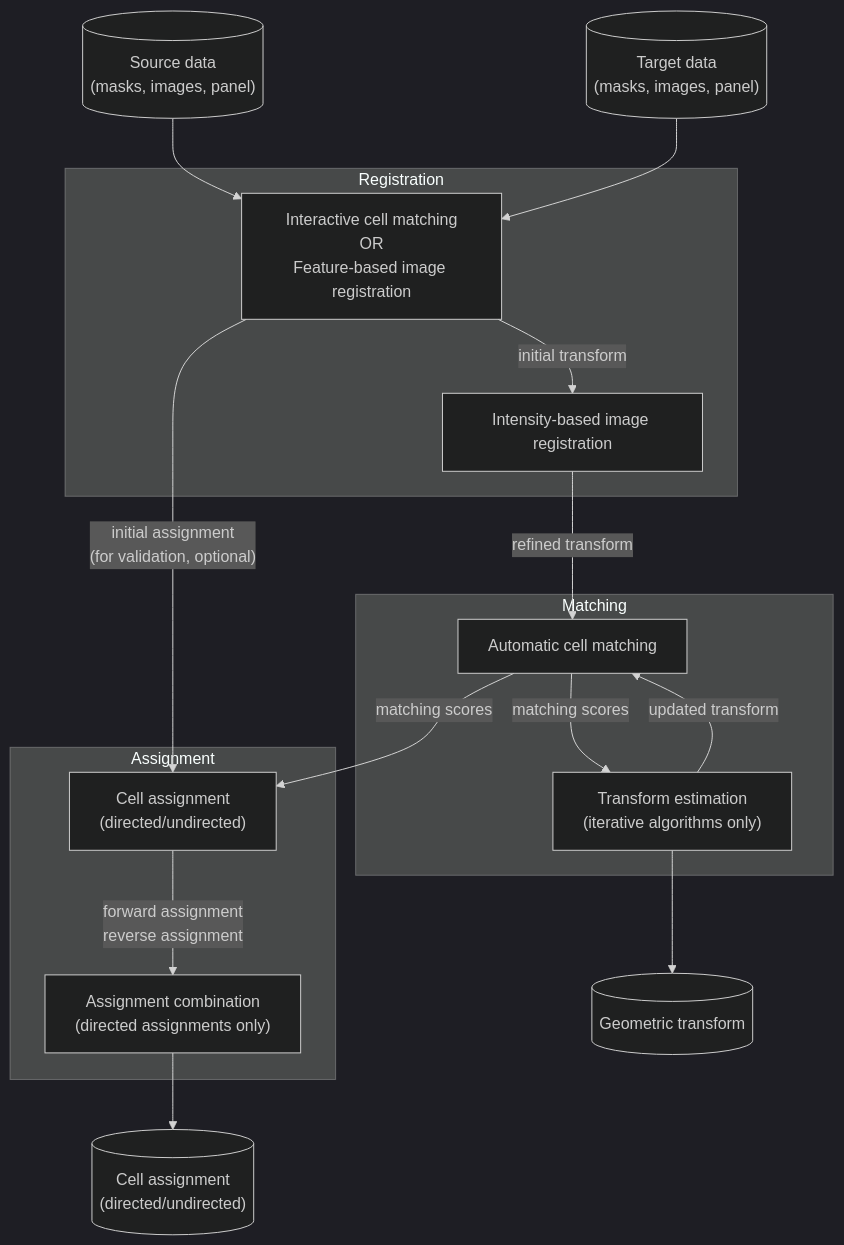
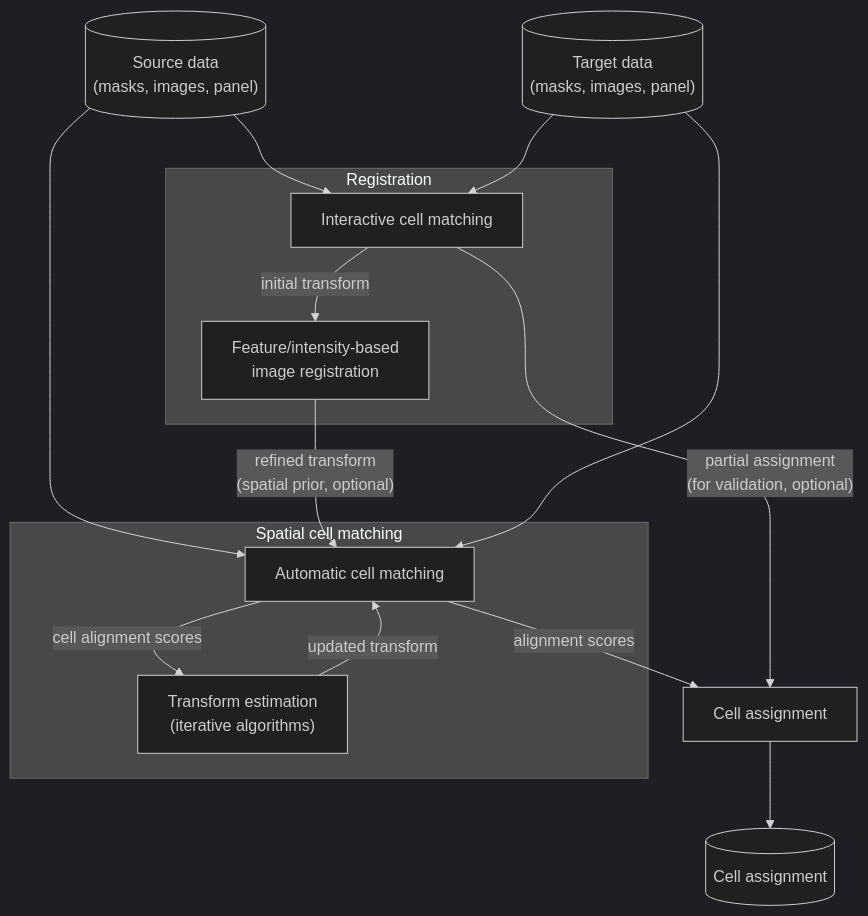
One commit to BodenmillerGroup/spellmatch changed the diagram in docs/usage/index.md. Above: the diagram before and after it, drawn with Mermaid (dark theme). The commit also changed other lines of this file and 9 other files, not shown here.

````diff
--- a/docs/usage/index.md
+++ b/docs/usage/index.md
@@ -15,35 +14,30 @@
 ```mermaid
 flowchart TB
     source_data[("Source data<br>(masks, images, panel)")] --> initial_registration
     target_data[("Target data<br>(masks, images, panel)")] --> initial_registration
 
     subgraph Registration
-        initial_registration["Interactive cell matching<br>OR<br>Feature-based image registration"]
-        refined_registration[Intensity-based image registration]
+        initial_registration["Interactive cell matching"]
+        refined_registration["Feature/intensity-based<br>image registration"]
 
         initial_registration -->|"initial transform"| refined_registration
     end
 
-    initial_registration -->|"initial assignment<br>(for validation, optional)"| assignment
-    refined_registration -->|refined transform| matching
+    source_data --> matching
+    refined_registration -->|"refined transform<br>(spatial prior, optional)"| matching
+    target_data --> matching
 
-    subgraph Matching
+    subgraph Spatial cell matching
         matching[Automatic cell matching]
-        transform_update["Transform estimation<br>(iterative algorithms only)"]        
+        transform_update["Transform estimation<br>(iterative algorithms)"]        
 
-        matching -->|matching scores| transform_update
+        matching -->|cell alignment scores| transform_update
         transform_update -->|updated transform| matching
     end
 
-    matching -->|matching scores| assignment
-
-    subgraph Assignment
-        assignment["Cell assignment<br>(directed/undirected)"]
-        combination["Assignment combination<br>(directed assignments only)"]
-
-        assignment -->|"forward assignment<br>reverse assignment"| combination
-    end
+    initial_registration -->|"partial assignment<br>(for validation, optional)"| assignment
+    matching -->|alignment scores| assignment
+    assignment["Cell assignment"]
     
-    combination --> cell_pairs[("Cell assignment<br>(directed/undirected)")]
-    transform_update --> transform[(Geometric transform)]
+    assignment --> cell_pairs[("Cell assignment")]
 ```
````
